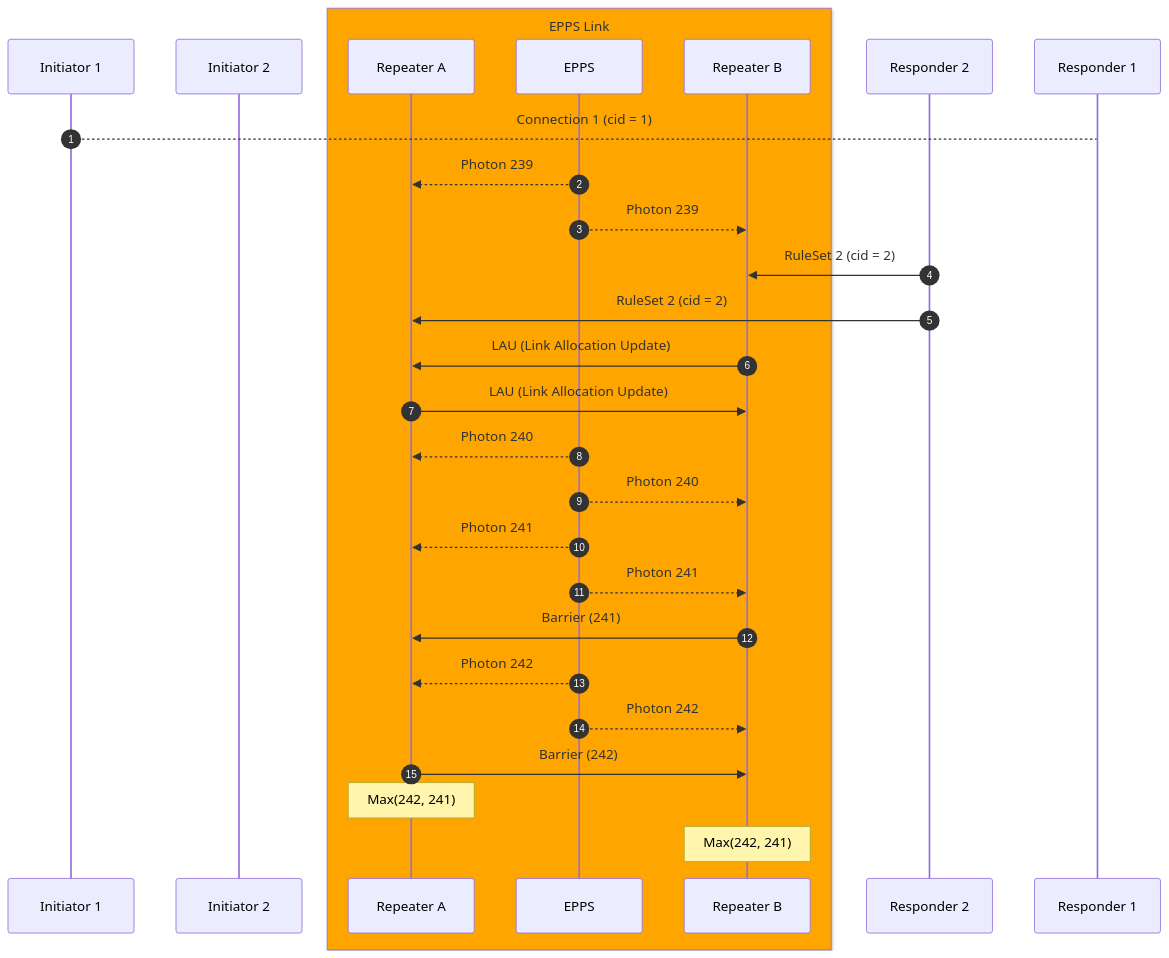
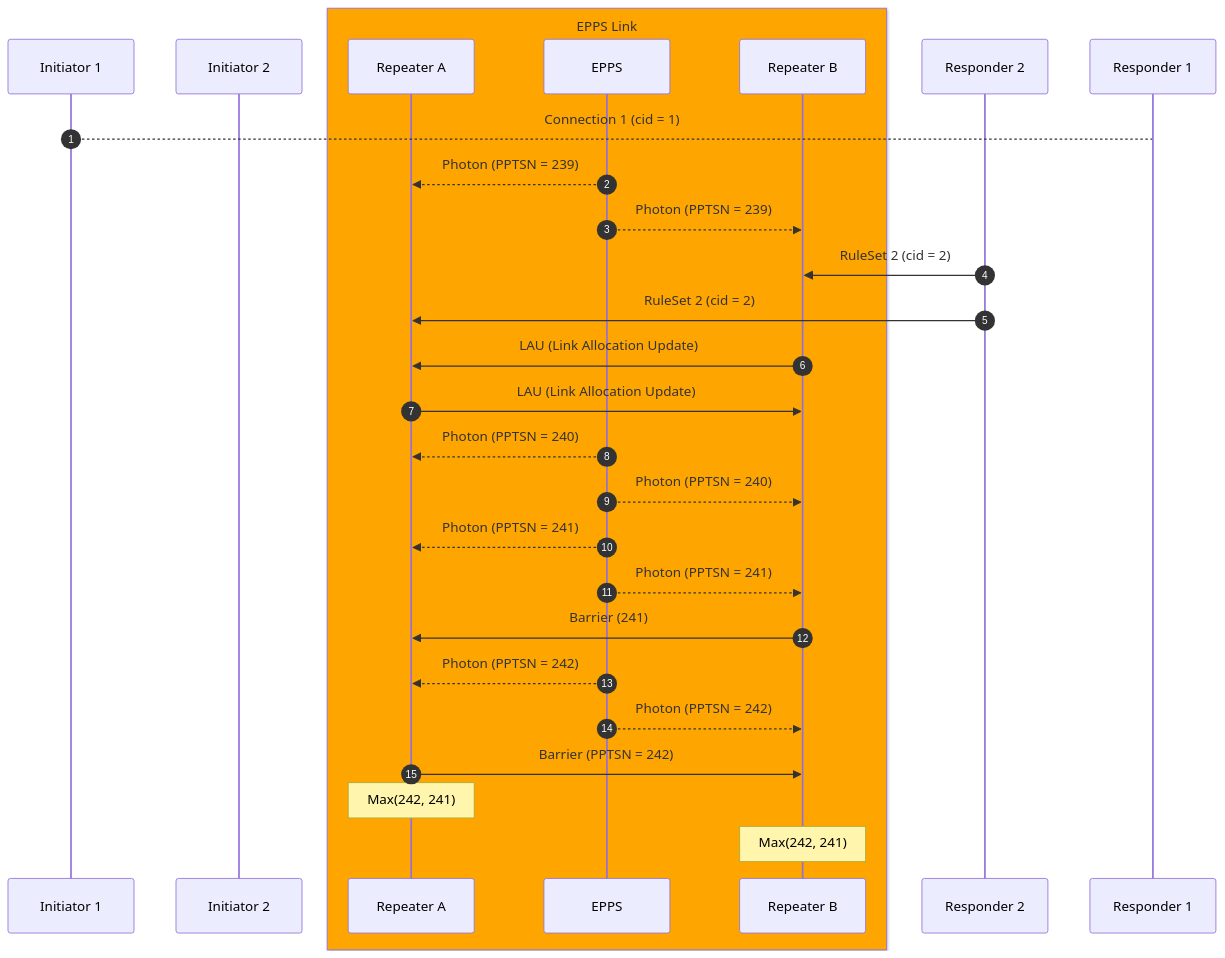
One commit to sfc-aqua/RuleSetSpec changed the first of 5 diagrams in 2.1.1.ConnectionSetup.md. Above: the diagram before and after it, drawn with Mermaid. The commit also changed other lines of this file, not shown here.

Commit message:
updated schema and explanation

````diff
--- a/2.1.1.ConnectionSetup.md
+++ b/2.1.1.ConnectionSetup.md
@@ -195,44 +212,44 @@
 ```mermaid
 sequenceDiagram
     autonumber
     %% Participants in the path
     participant i1 as Initiator 1
     participant i2 as Initiator 2
     box Orange EPPS Link
     participant ra as Repeater A
     participant epps as EPPS
     participant rb as Repeater B
     end
     participant r2 as Responder 2
     participant r1 as Responder 1
 
     %% Connection between initiator and responder
     i1 --> r1: Connection 1 (cid = 1)
     %% i2 --> r2: Connection 2 (cid = 2)
 
     %% Keep generating Bell pairs
-    epps -->> ra: Photon 239
-    epps -->> rb: Photon 239
+    epps -->> ra: Photon (PPTSN = 239)
+    epps -->> rb: Photon (PPTSN = 239)
 
     r2 ->> rb: RuleSet 2 (cid = 2)
     r2 ->> ra: RuleSet 2 (cid = 2)
     rb ->> ra: LAU (Link Allocation Update)
     ra ->> rb: LAU (Link Allocation Update)
 
-    epps -->> ra: Photon 240
-    epps -->> rb: Photon 240
+    epps -->> ra: Photon (PPTSN = 240)
+    epps -->> rb: Photon (PPTSN = 240)
 
-    epps -->> ra: Photon 241
-    epps -->> rb: Photon 241
+    epps -->> ra: Photon (PPTSN = 241)
+    epps -->> rb: Photon (PPTSN = 241)
 
     rb ->> ra: Barrier (241)
 
-    epps -->> ra: Photon 242
-    epps -->> rb: Photon 242
+    epps -->> ra: Photon (PPTSN = 242)
+    epps -->> rb: Photon (PPTSN = 242)
 
-    ra ->> rb: Barrier (242)
+    ra ->> rb: Barrier (PPTSN = 242)
 
     Note over ra: Max(242, 241)
     Note over rb: Max(242, 241)
 
 ```
````
